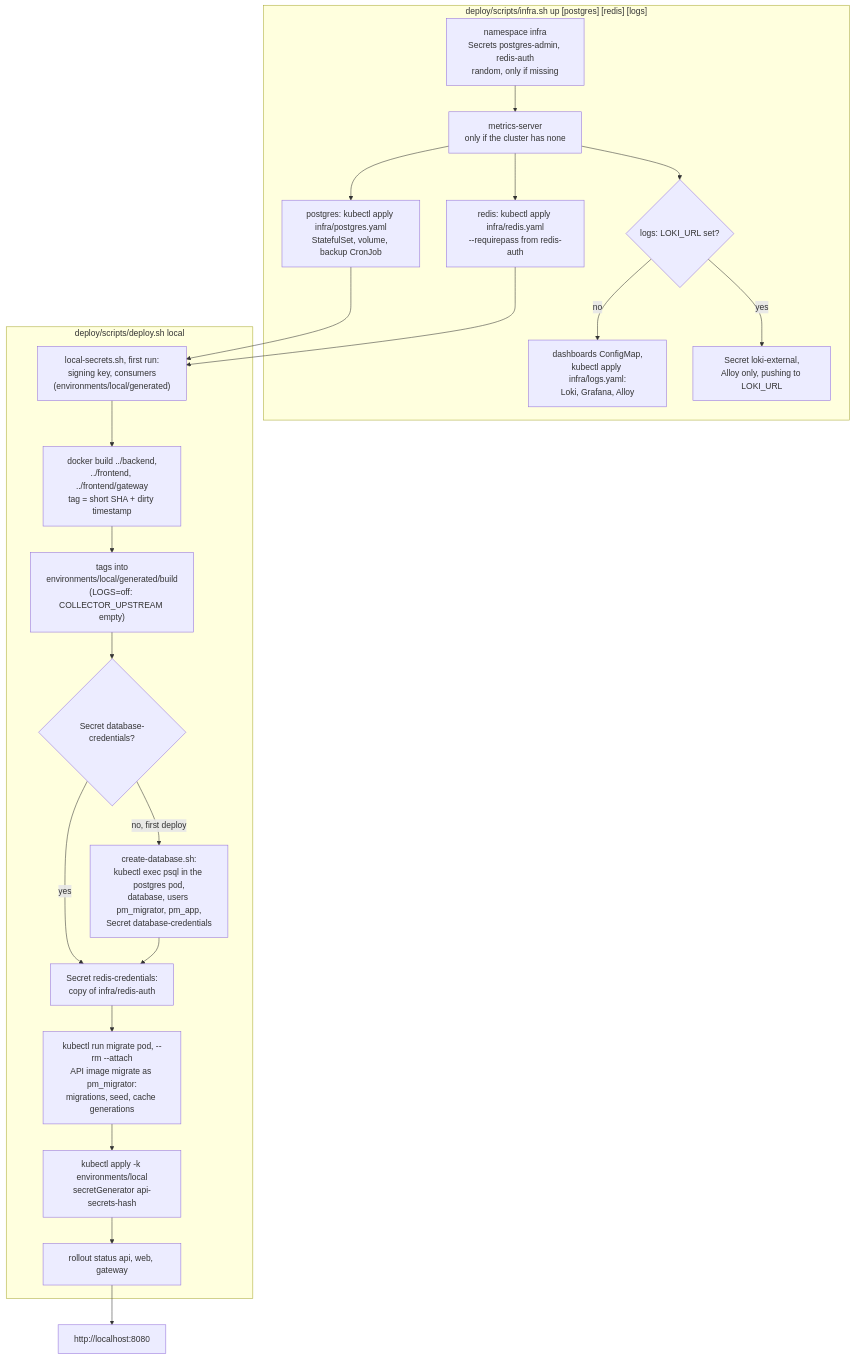
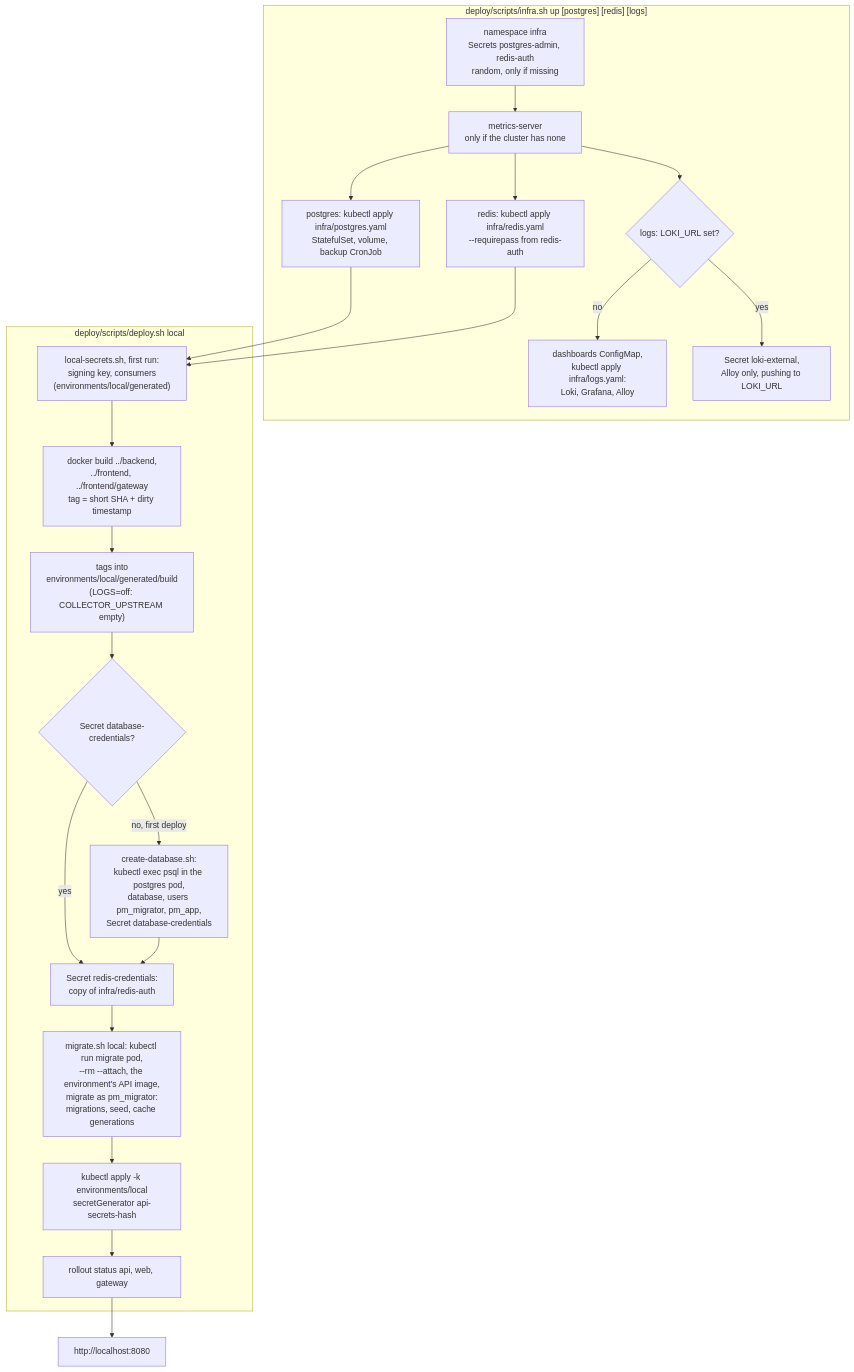
Before and after one commit to RubenCipriano/zeiss-product-management: diagram 13 of 18 in docs/flows.md, drawn with Mermaid. The commit also changed other lines of this file and 10 other files, not shown here.

````diff
--- a/docs/flows.md
+++ b/docs/flows.md
@@ -645,26 +645,26 @@
 ```mermaid
 flowchart TD
     subgraph infra["deploy/scripts/infra.sh up [postgres] [redis] [logs]"]
         i0["namespace infra<br/>Secrets postgres-admin, redis-auth<br/>random, only if missing"] --> i0b["metrics-server<br/>only if the cluster has none"]
         i0b --> i1["postgres: kubectl apply infra/postgres.yaml<br/>StatefulSet, volume, backup CronJob"]
         i0b --> i3["redis: kubectl apply infra/redis.yaml<br/>--requirepass from redis-auth"]
         i0b --> i4{"logs: LOKI_URL set?"}
         i4 -->|"no"| i5["dashboards ConfigMap,<br/>kubectl apply infra/logs.yaml:<br/>Loki, Grafana, Alloy"]
         i4 -->|"yes"| i6["Secret loki-external,<br/>Alloy only, pushing to LOKI_URL"]
     end
 
     subgraph local["deploy/scripts/deploy.sh local"]
         l0["local-secrets.sh, first run:<br/>signing key, consumers<br/>(environments/local/generated)"] --> l1["docker build ../backend,<br/>../frontend, ../frontend/gateway<br/>tag = short SHA + dirty timestamp"]
         l1 --> l2["tags into<br/>environments/local/generated/build<br/>(LOGS=off: COLLECTOR_UPSTREAM empty)"]
         l2 --> l3{"Secret database-credentials?"}
         l3 -->|"no, first deploy"| d1["create-database.sh:<br/>kubectl exec psql in the postgres pod,<br/>database, users pm_migrator, pm_app,<br/>Secret database-credentials"]
         l3 -->|"yes"| l4
         d1 --> l4["Secret redis-credentials:<br/>copy of infra/redis-auth"]
-        l4 --> l5["kubectl run migrate pod, --rm --attach<br/>API image migrate as pm_migrator:<br/>migrations, seed, cache generations"]
+        l4 --> l5["migrate.sh local: kubectl run migrate pod,<br/>--rm --attach, the environment's API image,<br/>migrate as pm_migrator:<br/>migrations, seed, cache generations"]
         l5 --> l6["kubectl apply -k environments/local<br/>secretGenerator api-secrets-hash"]
         l6 --> l7["rollout status api, web, gateway"]
     end
 
     i1 & i3 --> l0
     l7 --> done["http://localhost:8080"]
 ```
````
